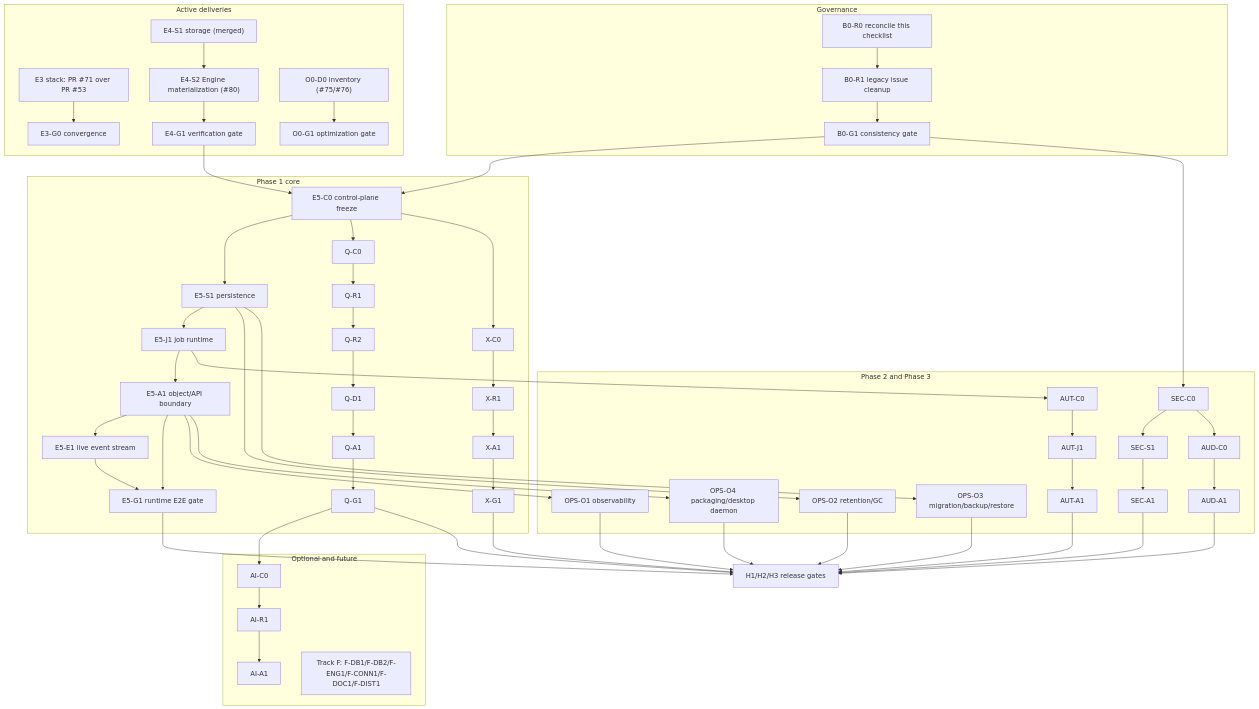
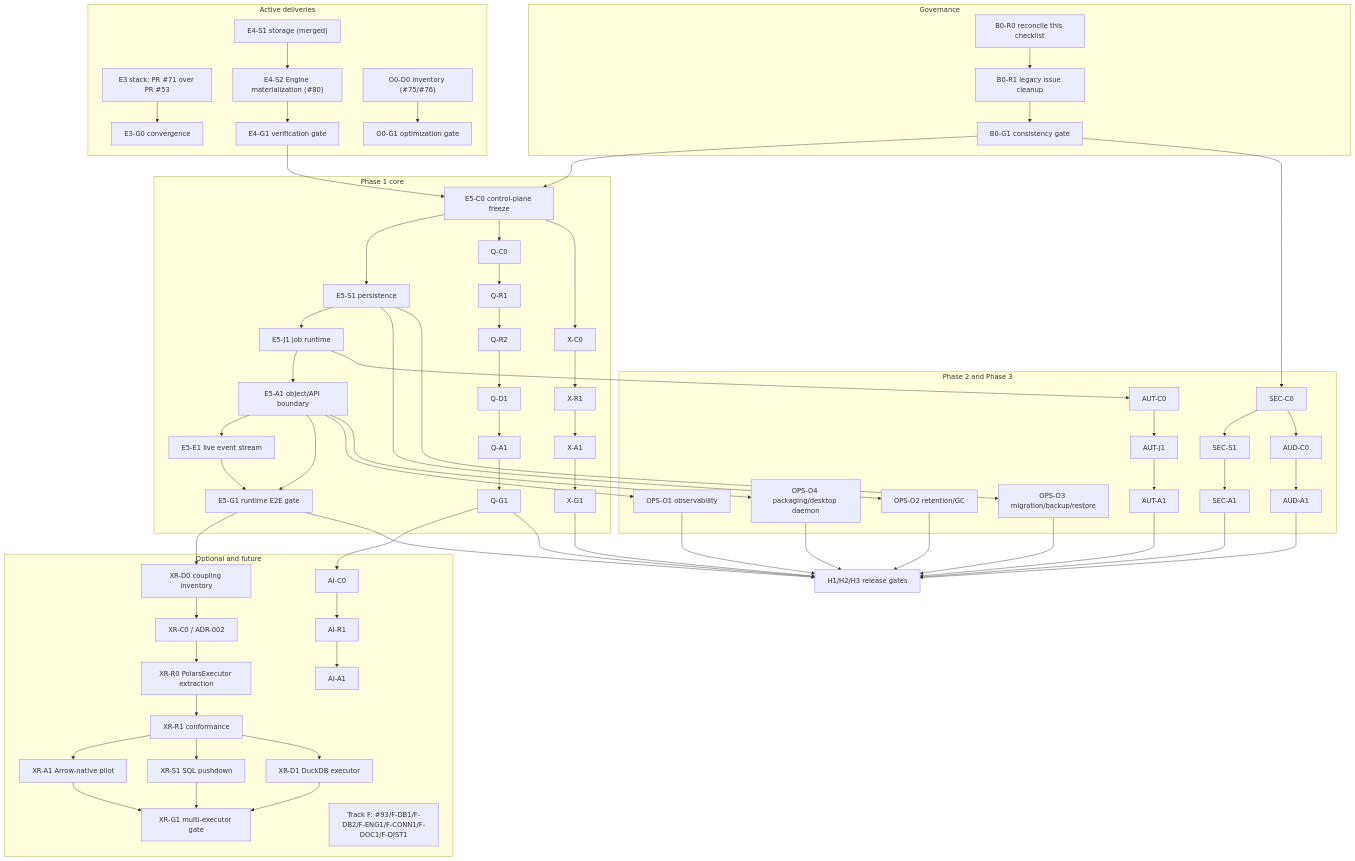
The diagram in docs/development/backend-completion-execution-checklist.md (X44421/stillflow), drawn with Mermaid before and after one commit. The commit also changed other lines of this file, not shown here.

Commit message:
docs(backend): register pluggable executor runtime roadmap

````diff
--- a/docs/development/backend-completion-execution-checklist.md
+++ b/docs/development/backend-completion-execution-checklist.md
@@ -247,51 +269,59 @@
 ```mermaid
 flowchart TD
     subgraph Governance
         B0R0["B0-R0 reconcile this checklist"] --> B0R1["B0-R1 legacy issue cleanup"]
         B0R1 --> B0G1["B0-G1 consistency gate"]
     end
     subgraph Active deliveries
         E3STACK["E3 stack: PR #71 over PR #53"] --> E3G0["E3-G0 convergence"]
         E4S1["E4-S1 storage (merged)"] --> E4S2["E4-S2 Engine materialization (#80)"]
         E4S2 --> E4G1["E4-G1 verification gate"]
         O0D0["O0-D0 inventory (#75/#76)"] --> O0G1["O0-G1 optimization gate"]
     end
     subgraph Phase 1 core
         B0G1 --> E5C0["E5-C0 control-plane freeze"]
         E4G1 --> E5C0
         E5C0 --> E5S1["E5-S1 persistence"]
         E5S1 --> E5J1["E5-J1 job runtime"]
         E5J1 --> E5A1["E5-A1 object/API boundary"]
         E5A1 --> E5E1["E5-E1 live event stream"]
         E5A1 --> E5G1["E5-G1 runtime E2E gate"]
         E5E1 --> E5G1
         E5C0 --> QC0["Q-C0"]
         E5C0 --> XC0["X-C0"]
         QC0 --> QR1["Q-R1"] --> QR2["Q-R2"] --> QD1["Q-D1"] --> QA1["Q-A1"] --> QG1["Q-G1"]
         XC0 --> XR1["X-R1"] --> XA1["X-A1"] --> XG1["X-G1"]
     end
     subgraph Phase 2 and Phase 3
         B0G1 --> SECC0["SEC-C0"]
         SECC0 --> SECS1["SEC-S1"] --> SECA1["SEC-A1"]
         SECC0 --> AUDC0["AUD-C0"] --> AUDA1["AUD-A1"]
         E5J1 --> AUTC0["AUT-C0"] --> AUTJ1["AUT-J1"] --> AUTA1["AUT-A1"]
         E5A1 --> OPSO1["OPS-O1 observability"]
         E5S1 --> OPSO2["OPS-O2 retention/GC"]
         E5S1 --> OPSO3["OPS-O3 migration/backup/restore"]
         E5A1 --> OPSO4["OPS-O4 packaging/desktop daemon"]
     end
     subgraph Optional and future
         QG1 --> AIC0["AI-C0"] --> AIR1["AI-R1"] --> AIA1["AI-A1"]
-        FUT["Track F: F-DB1/F-DB2/F-ENG1/F-CONN1/F-DOC1/F-DIST1"]
+        E5G1 --> XRD0["XR-D0 coupling inventory"] --> XRC0["XR-C0 / ADR-002"]
+        XRC0 --> XRR0["XR-R0 PolarsExecutor extraction"] --> XRR1["XR-R1 conformance"]
+        XRR1 --> XRA1["XR-A1 Arrow-native pilot"]
+        XRR1 --> XRS1["XR-S1 SQL pushdown"]
+        XRR1 --> XRD1["XR-D1 DuckDB executor"]
+        XRA1 --> XRG1["XR-G1 multi-executor gate"]
+        XRS1 --> XRG1
+        XRD1 --> XRG1
+        FUT["Track F: #93/F-DB1/F-DB2/F-ENG1/F-CONN1/F-DOC1/F-DIST1"]
     end
     E5G1 --> HGATES["H1/H2/H3 release gates"]
     QG1 --> HGATES
     XG1 --> HGATES
     SECA1 --> HGATES
     AUDA1 --> HGATES
     AUTA1 --> HGATES
     OPSO1 --> HGATES
     OPSO2 --> HGATES
     OPSO3 --> HGATES
     OPSO4 --> HGATES
 ```
````
